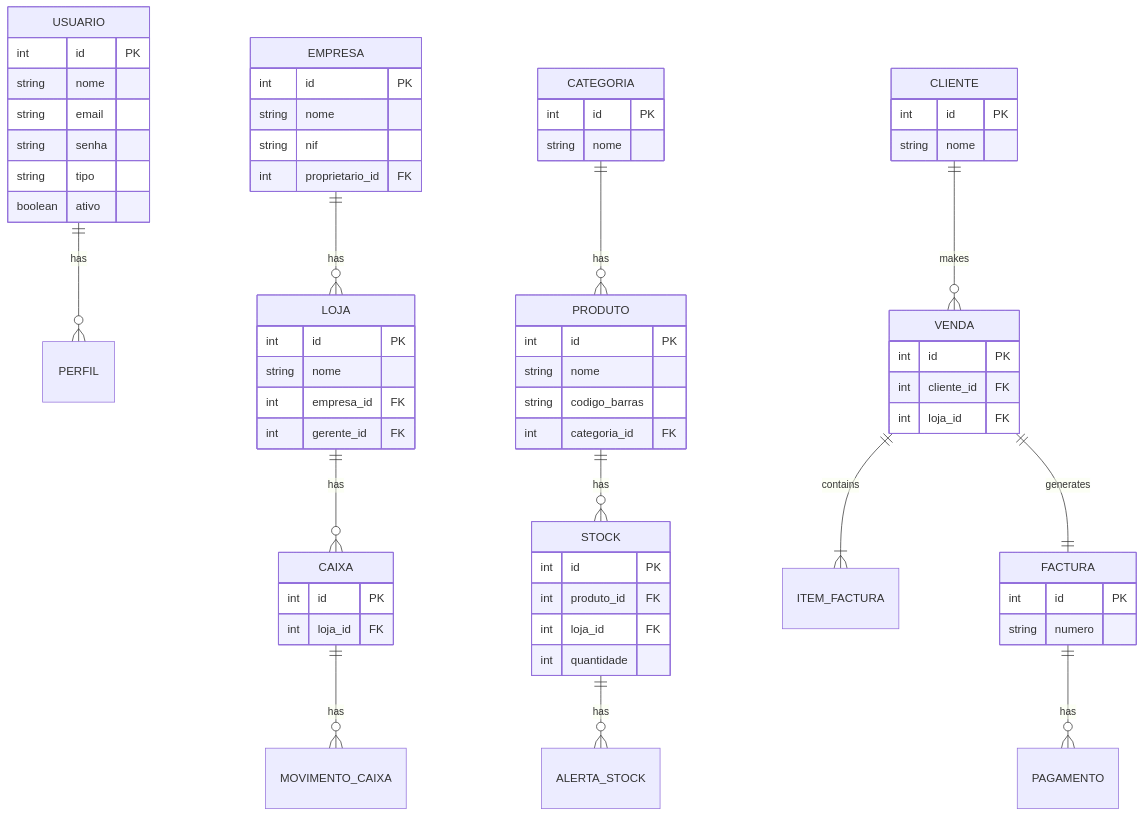
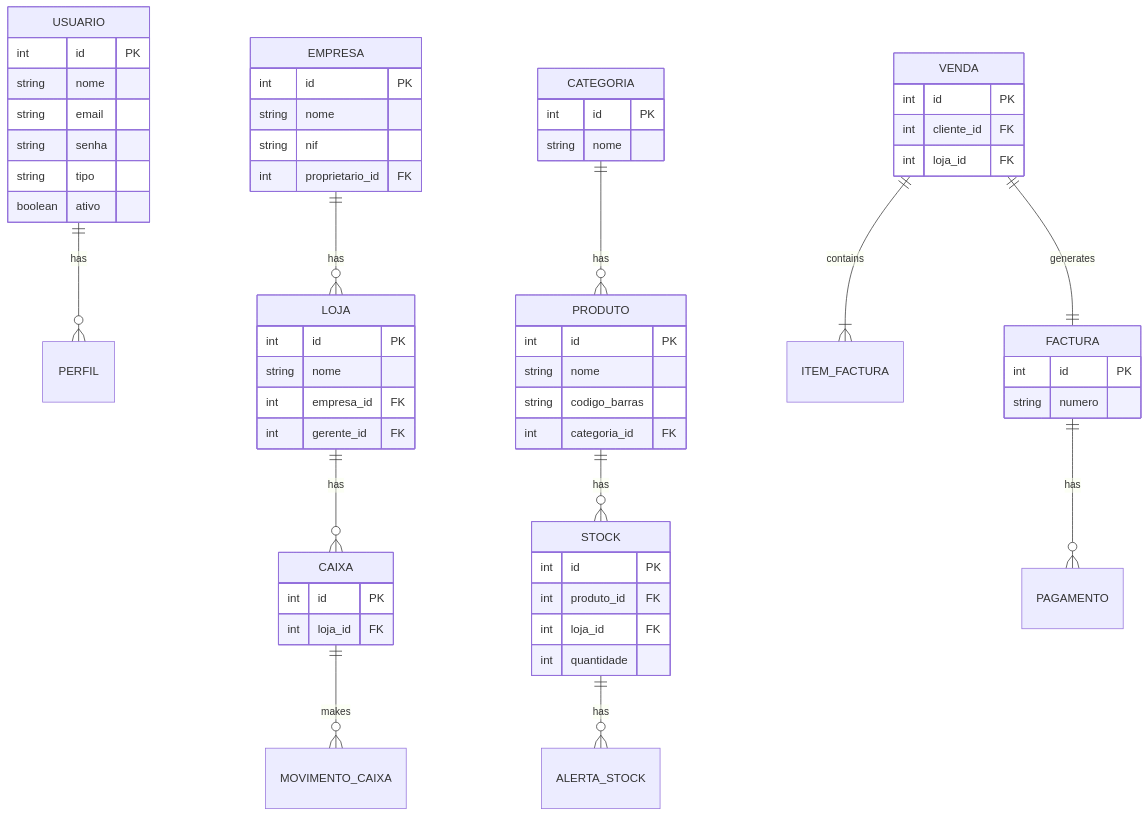
The first of 2 diagrams in README.md (WildKnuckles/Portfolio), drawn with Mermaid before and after one commit.

````diff
--- a/README.md
+++ b/README.md
@@ -1,76 +1,70 @@
 ```mermaid
 erDiagram
     USUARIO ||--o{ PERFIL : has
     USUARIO {
         int id PK
         string nome
         string email
         string senha
         string tipo
         boolean ativo
     }
     
     EMPRESA ||--o{ LOJA : has
     EMPRESA {
         int id PK
         string nome
         string nif
         int proprietario_id FK
     }
     
     LOJA ||--o{ CAIXA : has
     LOJA {
         int id PK
         string nome
         int empresa_id FK
         int gerente_id FK
     }
     
     CATEGORIA ||--o{ PRODUTO : has
     CATEGORIA {
         int id PK
         string nome
     }
     
     PRODUTO ||--o{ STOCK : has
     PRODUTO {
         int id PK
         string nome
         string codigo_barras
         int categoria_id FK
     }
     
     STOCK ||--o{ ALERTA_STOCK : has
     STOCK {
         int id PK
         int produto_id FK
         int loja_id FK
         int quantidade
     }
     
-    CLIENTE ||--o{ VENDA : makes
-    CLIENTE {
+    
+    CAIXA ||--o{ MOVIMENTO_CAIXA : makes
+    CAIXA {
         int id PK
-        string nome
+        int loja_id FK
     }
-    
     VENDA ||--|{ ITEM_FACTURA : contains
     VENDA ||--|| FACTURA : generates
     VENDA {
         int id PK
         int cliente_id FK
         int loja_id FK
     }
     
     FACTURA ||--o{ PAGAMENTO : has
     FACTURA {
         int id PK
         string numero
     }
-    
-    CAIXA ||--o{ MOVIMENTO_CAIXA : has
-    CAIXA {
-        int id PK
-        int loja_id FK
-    }
 ```
````
